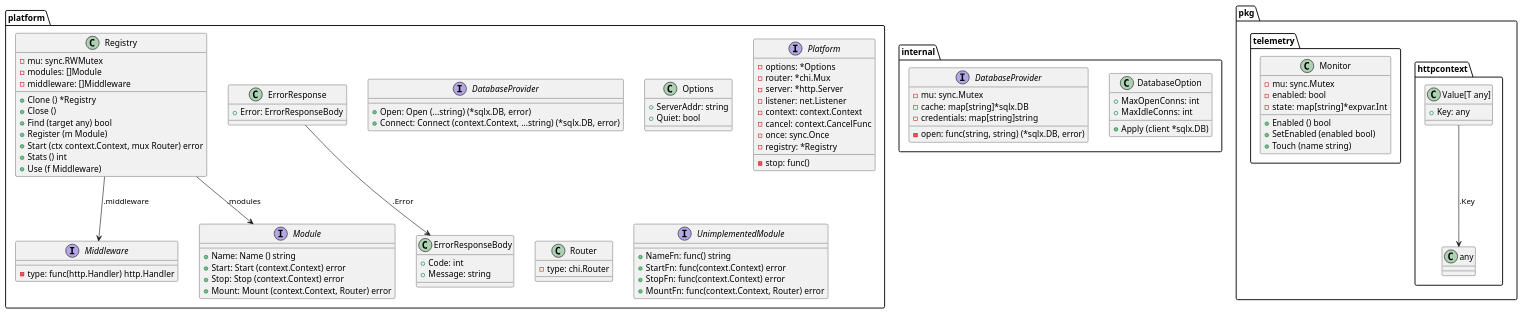
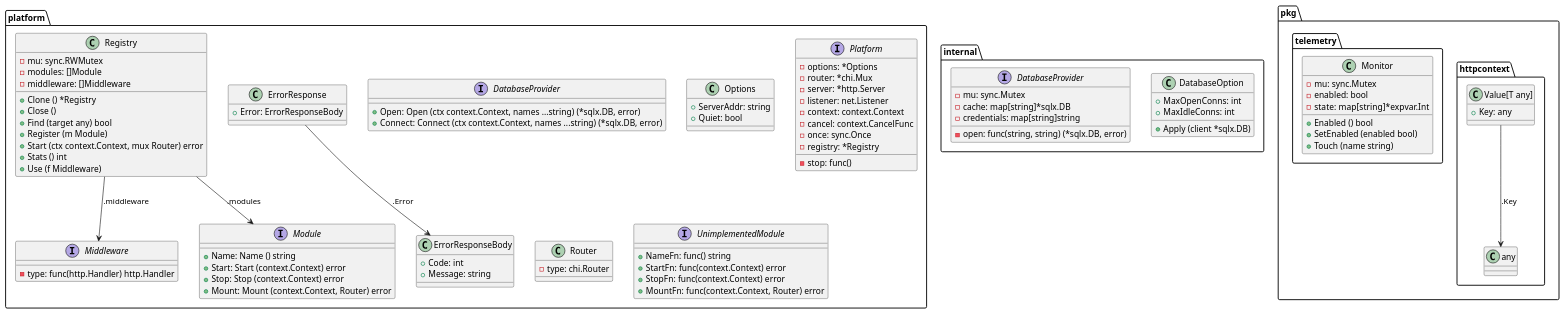
Before and after one commit to titpetric/platform: the diagram in docs/structure.puml, drawn with PlantUML. The commit also changed 5 other files, not shown here.

```diff
--- a/docs/structure.puml
+++ b/docs/structure.puml
@@ -1,114 +1,114 @@
 @startuml
 
 class "internal.DatabaseOption" {
   + MaxOpenConns: int
   + MaxIdleConns: int
   + Apply (client *sqlx.DB)
 }
 
 interface "internal.DatabaseProvider" {
   - open: func(string, string) (*sqlx.DB, error)
   - mu: sync.Mutex
   - cache: map[string]*sqlx.DB
   - credentials: map[string]string
 }
 
 class "pkg.httpcontext.Value[T any]" {
   + Key: any
 }
 
 class "pkg.telemetry.Monitor" {
   - mu: sync.Mutex
   - enabled: bool
   - state: map[string]*expvar.Int
   + Enabled () bool
   + SetEnabled (enabled bool)
   + Touch (name string)
 }
 
 interface "platform.DatabaseProvider" {
-  + Open: Open (...string) (*sqlx.DB, error)
-  + Connect: Connect (context.Context, ...string) (*sqlx.DB, error)
+  + Open: Open (ctx context.Context, names ...string) (*sqlx.DB, error)
+  + Connect: Connect (ctx context.Context, names ...string) (*sqlx.DB, error)
 }
 
 class "platform.ErrorResponse" {
   + Error: ErrorResponseBody
 }
 
 class "platform.ErrorResponseBody" {
   + Code: int
   + Message: string
 }
 
 interface "platform.Middleware" {
   - type: func(http.Handler) http.Handler
 }
 
 interface "platform.Module" {
   + Name: Name () string
   + Start: Start (context.Context) error
   + Stop: Stop (context.Context) error
   + Mount: Mount (context.Context, Router) error
 }
 
 class "platform.Options" {
   + ServerAddr: string
   + Quiet: bool
 }
 
 interface "platform.Platform" {
   - options: *Options
   - router: *chi.Mux
   - server: *http.Server
   - listener: net.Listener
   - context: context.Context
   - cancel: context.CancelFunc
   - stop: func()
   - once: sync.Once
   - registry: *Registry
 }
 
 class "platform.Registry" {
   - mu: sync.RWMutex
   - modules: []Module
   - middleware: []Middleware
   + Clone () *Registry
   + Close ()
   + Find (target any) bool
   + Register (m Module)
   + Start (ctx context.Context, mux Router) error
   + Stats () int
   + Use (f Middleware)
 }
 
 class "platform.Router" {
   - type: chi.Router
 }
 
 interface "platform.UnimplementedModule" {
   + NameFn: func() string
   + StartFn: func(context.Context) error
   + StopFn: func(context.Context) error
   + MountFn: func(context.Context, Router) error
 }
 
 
 
 "pkg.httpcontext.Value[T any]" --> "pkg.httpcontext.any" : .Key
 
 
 
 "platform.ErrorResponse" --> "platform.ErrorResponseBody" : .Error
 
 
 
 
 
 
 "platform.Registry" --> "platform.Module" : .modules
 "platform.Registry" --> "platform.Middleware" : .middleware
 
 
 
 
 @enduml
```
